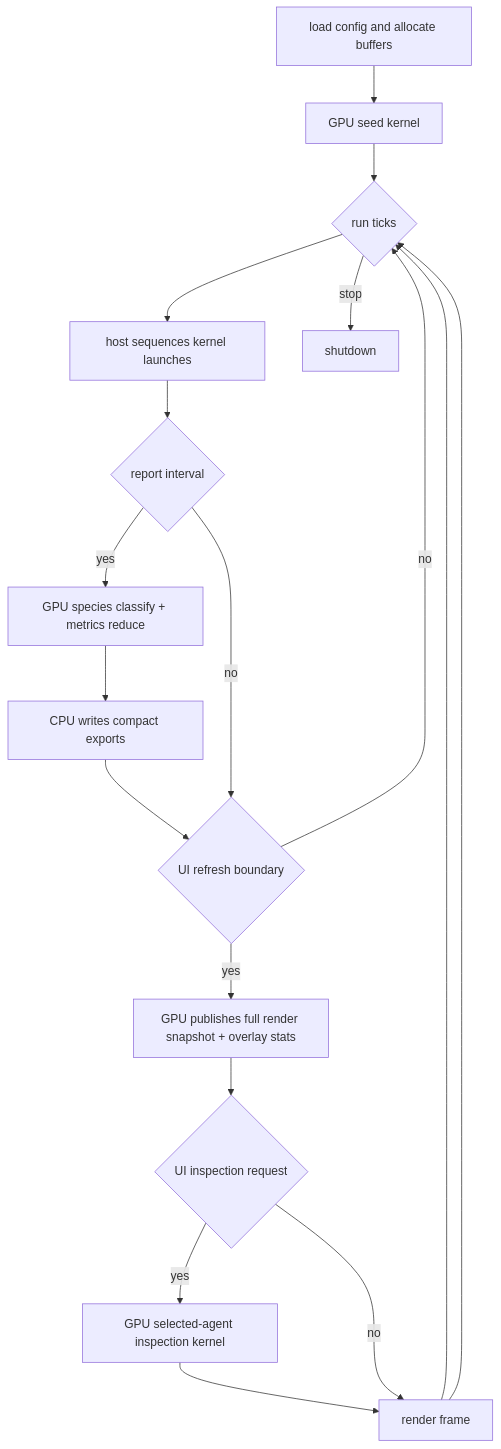
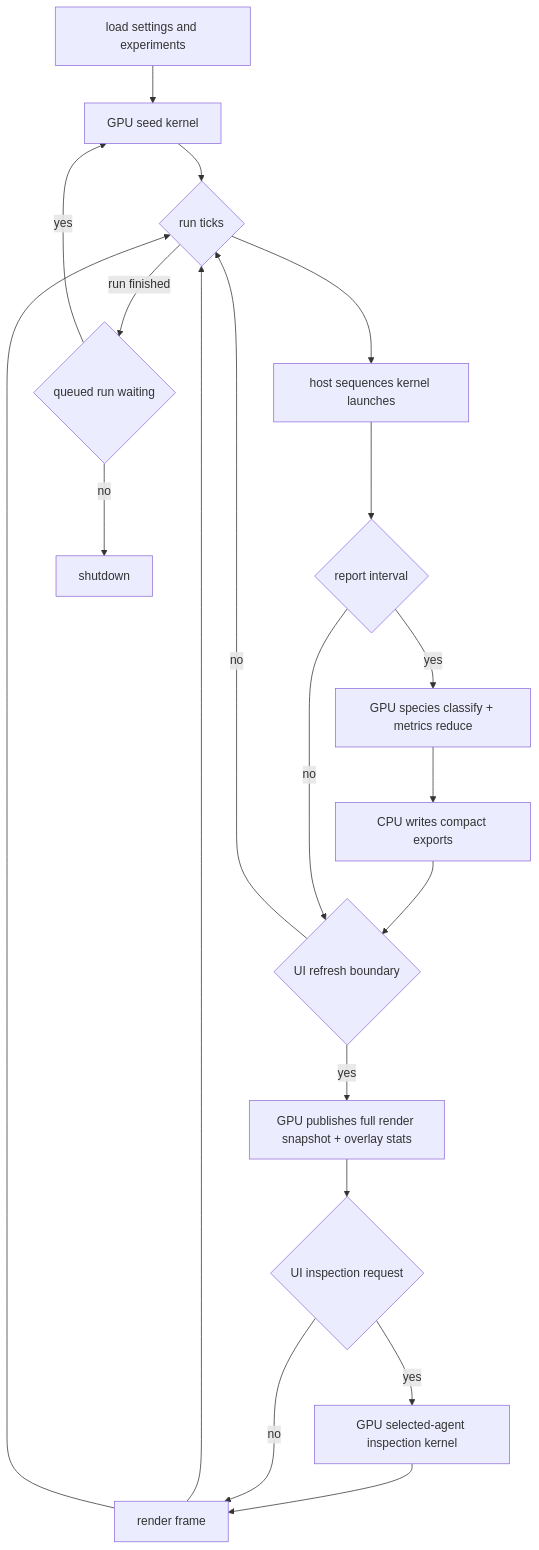
Before and after one commit to moon-aii/moonai: the fourth of 4 diagrams in docs/internals/architecture.md, drawn with Mermaid. The commit also changed other lines of this file and 22 other files, not shown here.

````diff
--- a/docs/internals/architecture.md
+++ b/docs/internals/architecture.md
@@ -183,26 +184,29 @@
 ```mermaid
 flowchart TD
-    START[load config and allocate buffers]
+    START[load settings and experiments]
     SEED[GPU seed kernel]
     LOOP{run ticks}
     STEP[host sequences kernel launches]
     REPORT{report interval}
     REDUCE[GPU species classify + metrics reduce]
     EXPORT[CPU writes compact exports]
     UIFRAME{UI refresh boundary}
     SNAPSHOT[GPU publishes full render snapshot + overlay stats]
     UIREQ{UI inspection request}
     INSPECT[GPU selected-agent inspection kernel]
+    NEXT{queued run waiting}
     DRAW[render frame]
     END[shutdown]
 
     START --> SEED --> LOOP
     LOOP --> STEP --> REPORT
     REPORT -->|yes| REDUCE --> EXPORT --> UIFRAME
     REPORT -->|no| UIFRAME
     UIFRAME -->|yes| SNAPSHOT --> UIREQ
     UIFRAME -->|no| LOOP
     UIREQ -->|yes| INSPECT --> DRAW --> LOOP
     UIREQ -->|no| DRAW --> LOOP
-    LOOP -->|stop| END
+    LOOP -->|run finished| NEXT
+    NEXT -->|yes| SEED
+    NEXT -->|no| END
 ```
````
